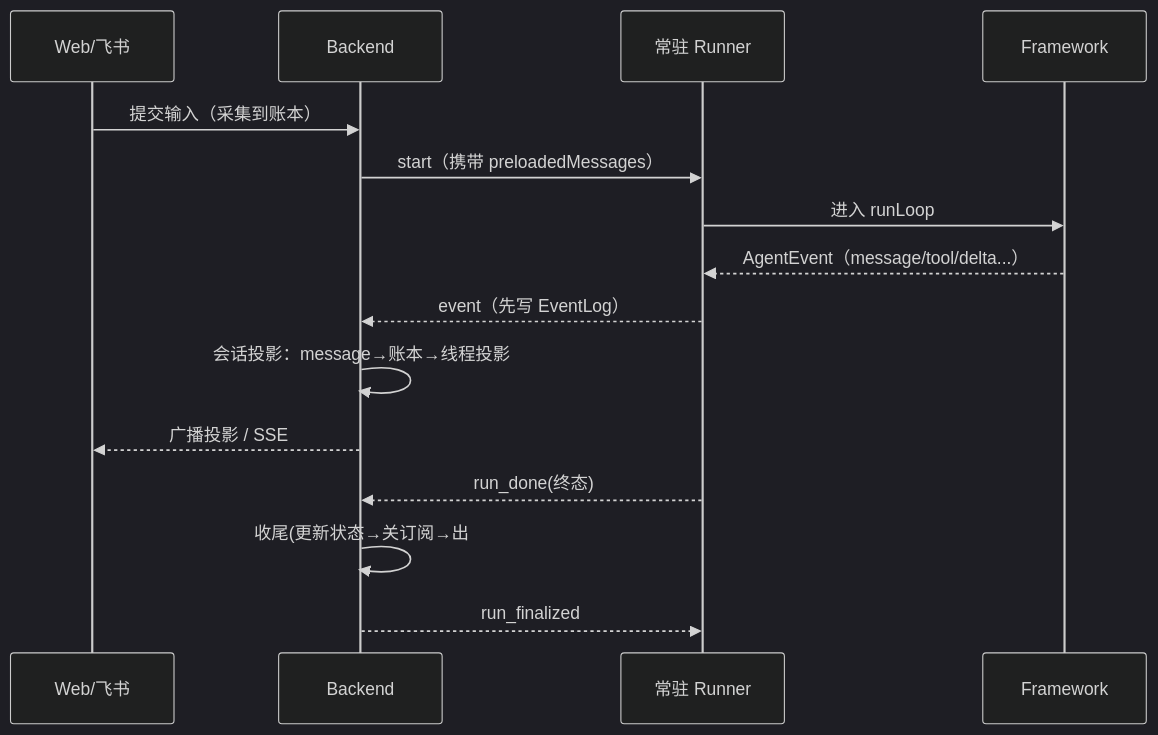
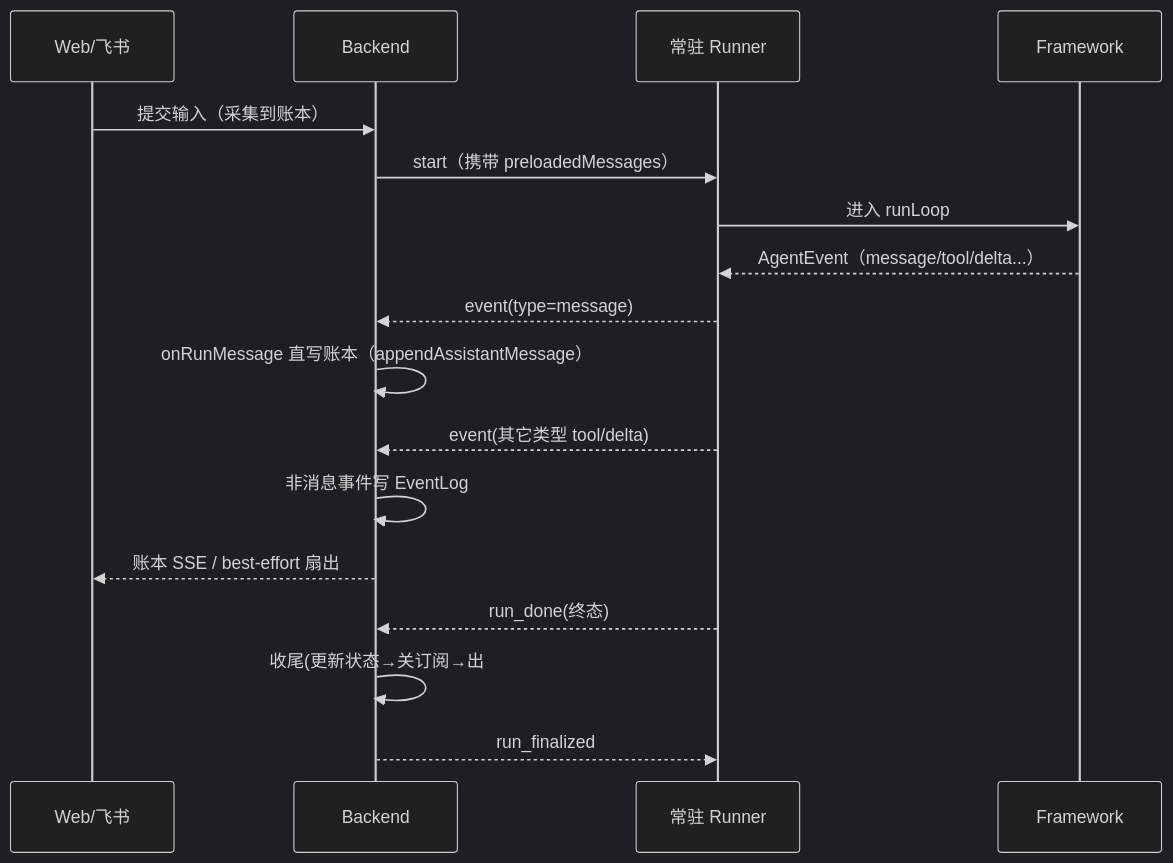
Before and after one commit to Chengchcc/my-agent-team: the diagram in docs/architecture/foundations/lifecycle-overview.md, drawn with Mermaid (dark theme). The commit also changed other lines of this file and 21 other files, not shown here.

First line of the commit message:
docs(docs): sync arch wiki to onRunMessage model, add Issue/Orchestrator pages

````diff
--- a/docs/architecture/foundations/lifecycle-overview.md
+++ b/docs/architecture/foundations/lifecycle-overview.md
@@ -22,17 +22,19 @@
 ```mermaid
 sequenceDiagram
   participant 端 as Web/飞书
   participant 后端 as Backend
   participant Runner as 常驻 Runner
   participant FW as Framework
   端->>后端: 提交输入（采集到账本）
   后端->>Runner: start（携带 preloadedMessages）
   Runner->>FW: 进入 runLoop
   FW-->>Runner: AgentEvent（message/tool/delta...）
-  Runner-->>后端: event（先写 EventLog）
-  后端->>后端: 会话投影：message→账本→线程投影
-  后端-->>端: 广播投影 / SSE
+  Runner-->>后端: event(type=message)
+  后端->>后端: onRunMessage 直写账本（appendAssistantMessage）
+  Runner-->>后端: event(其它类型 tool/delta)
+  后端->>后端: 非消息事件写 EventLog
+  后端-->>端: 账本 SSE / best-effort 扇出
   Runner-->>后端: run_done(终态)
-  后端->>后端: 收尾(更新状态→关订阅→出#active→await onRunComplete)
+  后端->>后端: 收尾(更新状态→关订阅→出#active→await onRunComplete 写终端修订)
   后端-->>Runner: run_finalized
 ```
````
